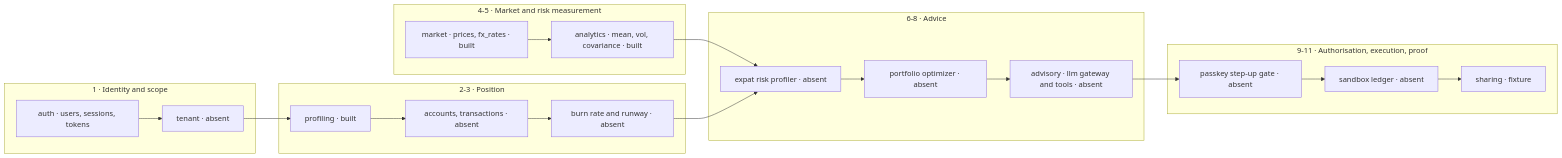
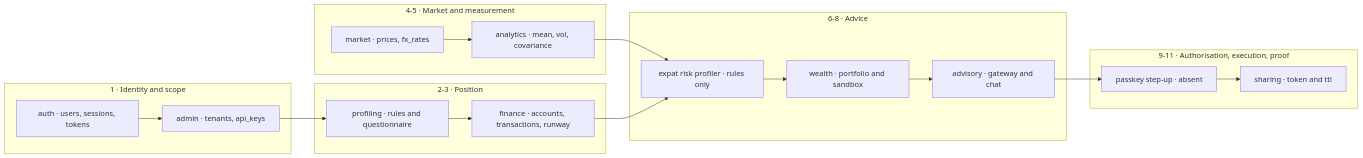
One commit to Nikhil-Mundhra/Wealth-Advisor changed the first of 2 diagrams in docs/domain/advisory-pipeline.md. Above: the diagram before and after it, drawn with Mermaid. The commit also changed other lines of this file and 2 other files, not shown here.

First line of the commit message:
docs: re-verify the advisory domain against 19f4b73

````diff
--- a/docs/domain/advisory-pipeline.md
+++ b/docs/domain/advisory-pipeline.md
@@ -10,32 +10,30 @@
 ```mermaid
 flowchart LR
   subgraph identity[1 · Identity and scope]
     auth[auth · users, sessions, tokens]
-    tenant[tenant · absent]
+    tenant[admin · tenants, api_keys]
   end
   subgraph personal[2-3 · Position]
-    profile[profiling · built]
-    accounts[accounts, transactions · absent]
-    burn[burn rate and runway · absent]
+    profile[profiling · rules and questionnaire]
+    finance[finance · accounts, transactions, runway]
   end
-  subgraph market[4-5 · Market and risk measurement]
-    ingest[market · prices, fx_rates · built]
-    stats[analytics · mean, vol, covariance · built]
+  subgraph market[4-5 · Market and measurement]
+    ingest[market · prices, fx_rates]
+    stats[analytics · mean, vol, covariance]
   end
   subgraph advice[6-8 · Advice]
-    risk[expat risk profiler · absent]
-    optim[portfolio optimizer · absent]
-    llm[advisory · llm gateway and tools · absent]
+    risk[expat risk profiler · rules only]
+    wealth[wealth · portfolio and sandbox]
+    llm[advisory · gateway and chat]
   end
   subgraph action[9-11 · Authorisation, execution, proof]
-    passkey[passkey step-up gate · absent]
-    ledger[sandbox ledger · absent]
-    share[sharing · fixture]
+    passkey[passkey step-up · absent]
+    share[sharing · token and ttl]
   end
   auth --> tenant --> profile
-  profile --> accounts --> burn
+  profile --> finance
   ingest --> stats --> risk
-  burn --> risk
-  risk --> optim --> llm
-  llm --> passkey --> ledger --> share
+  finance --> risk
+  risk --> wealth --> llm
+  llm --> passkey --> share
 ```
````
